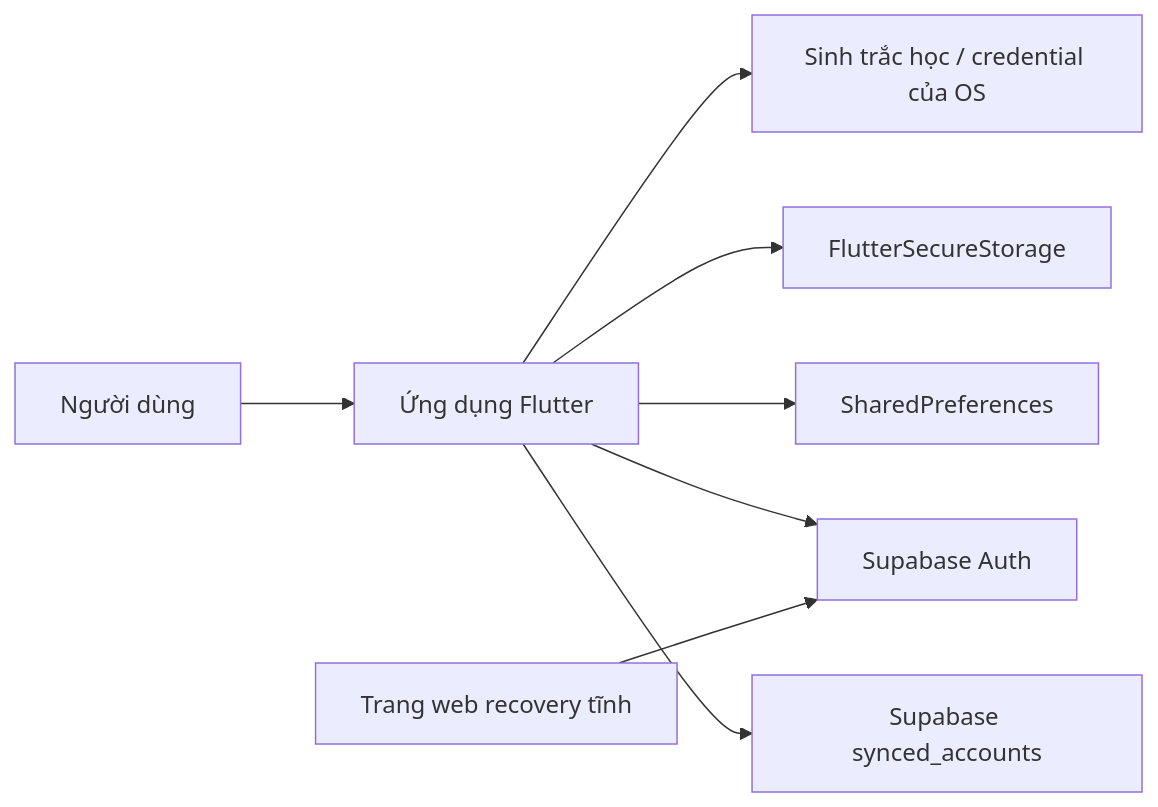
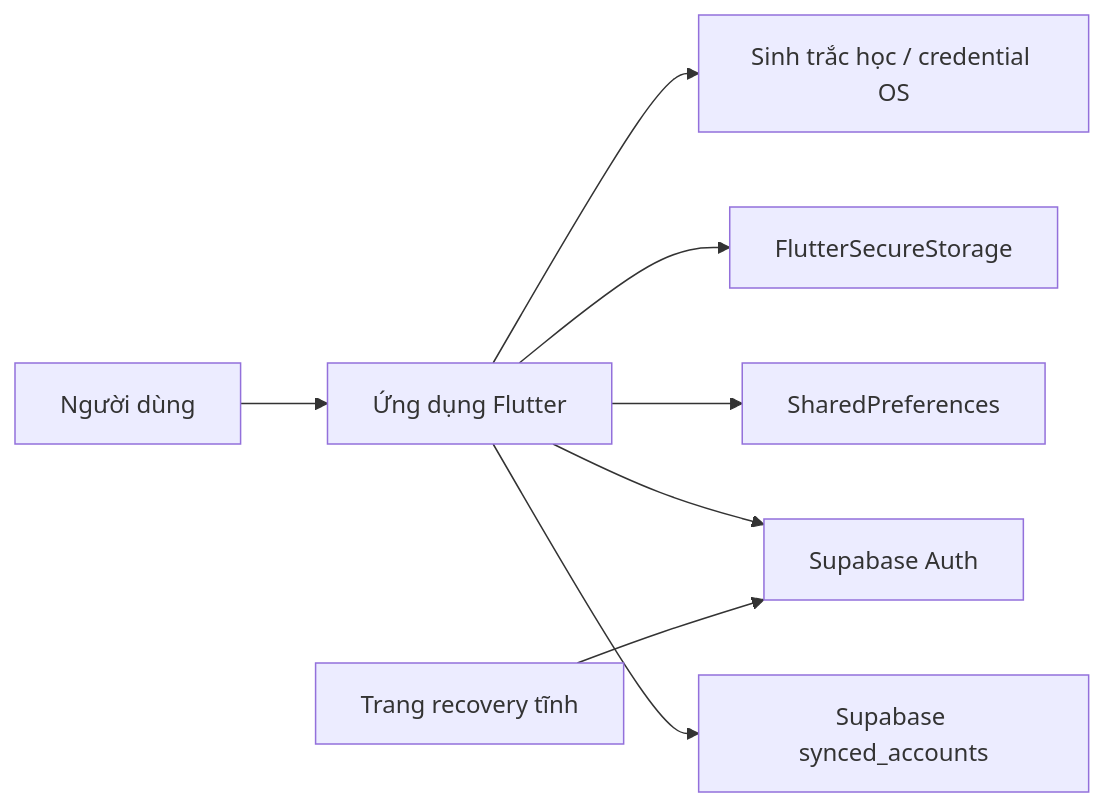
One commit to xuancanhit99/hyper_authenticator changed the diagram in docs/SYSTEM_DESIGN.md. Above: the diagram before and after it, drawn with Mermaid. The commit also changed other lines of this file and 112 other files, not shown here.

```diff
--- a/docs/SYSTEM_DESIGN.md
+++ b/docs/SYSTEM_DESIGN.md
@@ -14,10 +14,10 @@
 ~~~mermaid
 flowchart LR
     User["Người dùng"] --> App["Ứng dụng Flutter"]
-    App --> DeviceAuth["Sinh trắc học / credential của OS"]
+    App --> DeviceAuth["Sinh trắc học / credential OS"]
     App --> SecureStorage["FlutterSecureStorage"]
     App --> Preferences["SharedPreferences"]
     App --> SupabaseAuth["Supabase Auth"]
     App --> SupabaseDB["Supabase synced_accounts"]
-    Recovery["Trang web recovery tĩnh"] --> SupabaseAuth
+    Recovery["Trang recovery tĩnh"] --> SupabaseAuth
 ~~~
```
